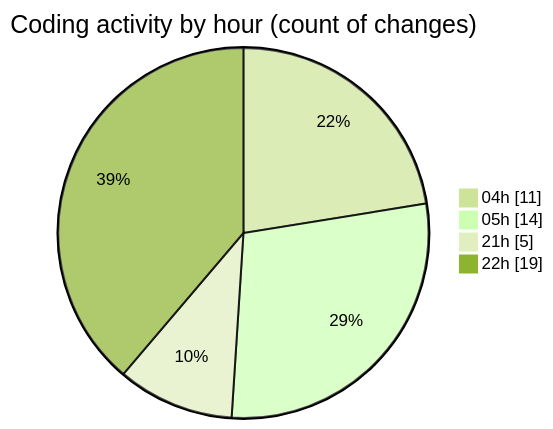
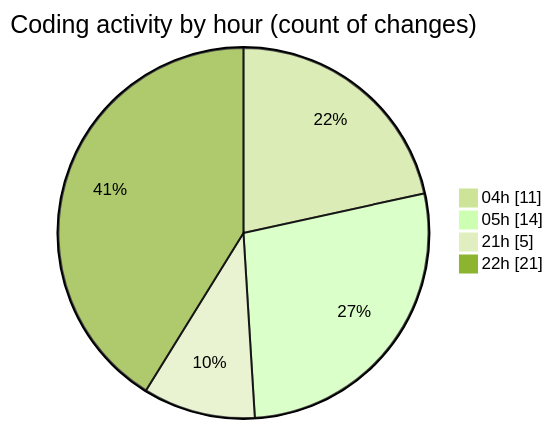
Before and after one commit to idhammustaqopulfikri/code-tracking: the second of 2 diagrams in 2025-03-27/autodidak/README.md, drawn with Mermaid (forest theme). The commit also changed other lines of this file and 1 other file, not shown here.

````diff
--- a/2025-03-27/autodidak/README.md
+++ b/2025-03-27/autodidak/README.md
@@ -36,8 +36,8 @@
 ```mermaid
 pie showData
 title Coding activity by hour (count of changes)
 "04h" : 11
 "05h" : 14
 "21h" : 5
-"22h" : 19
+"22h" : 21
 ```
````
